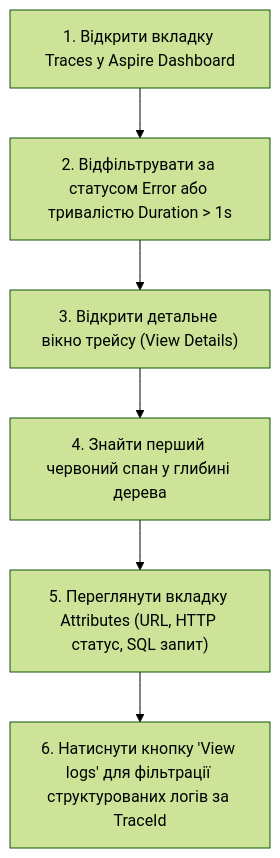
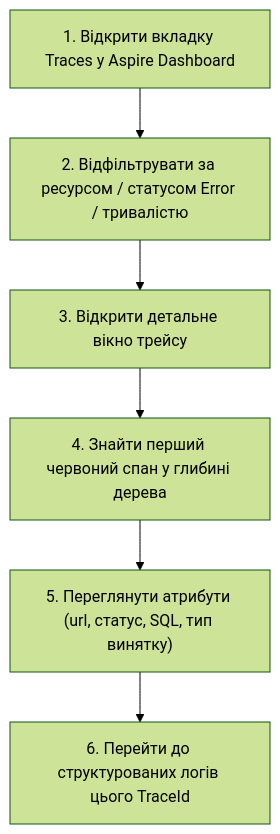
One commit to MrTomkaYurii/Demo-CargoDeliveryService changed the sixth of 6 diagrams in 02-Microservices-Craftsman/02-01-Aspire-Documentation/04_Distributed_Tracing_OpenTelemetry_Guide.md. Above: the diagram before and after it, drawn with Mermaid (forest theme). The commit also changed other lines of this file and 227 other files, not shown here.

````diff
--- a/02-Microservices-Craftsman/02-01-Aspire-Documentation/04_Distributed_Tracing_OpenTelemetry_Guide.md
+++ b/02-Microservices-Craftsman/02-01-Aspire-Documentation/04_Distributed_Tracing_OpenTelemetry_Guide.md
@@ -365,8 +419,8 @@
 ```mermaid
 flowchart TD
-    Step1["1. Відкрити вкладку Traces у Aspire Dashboard"] --> Step2["2. Відфільтрувати за статусом Error або тривалістю Duration > 1s"]
-    Step2 --> Step3["3. Відкрити детальне вікно трейсу (View Details)"]
+    Step1["1. Відкрити вкладку Traces у Aspire Dashboard"] --> Step2["2. Відфільтрувати за ресурсом / статусом Error / тривалістю"]
+    Step2 --> Step3["3. Відкрити детальне вікно трейсу"]
     Step3 --> Step4["4. Знайти перший червоний спан у глибині дерева"]
-    Step4 --> Step5["5. Переглянути вкладку Attributes (URL, HTTP статус, SQL запит)"]
-    Step5 --> Step6["6. Натиснути кнопку 'View logs' для фільтрації структурованих логів за TraceId"]
+    Step4 --> Step5["5. Переглянути атрибути (url, статус, SQL, тип винятку)"]
+    Step5 --> Step6["6. Перейти до структурованих логів цього TraceId"]
 ```
````
